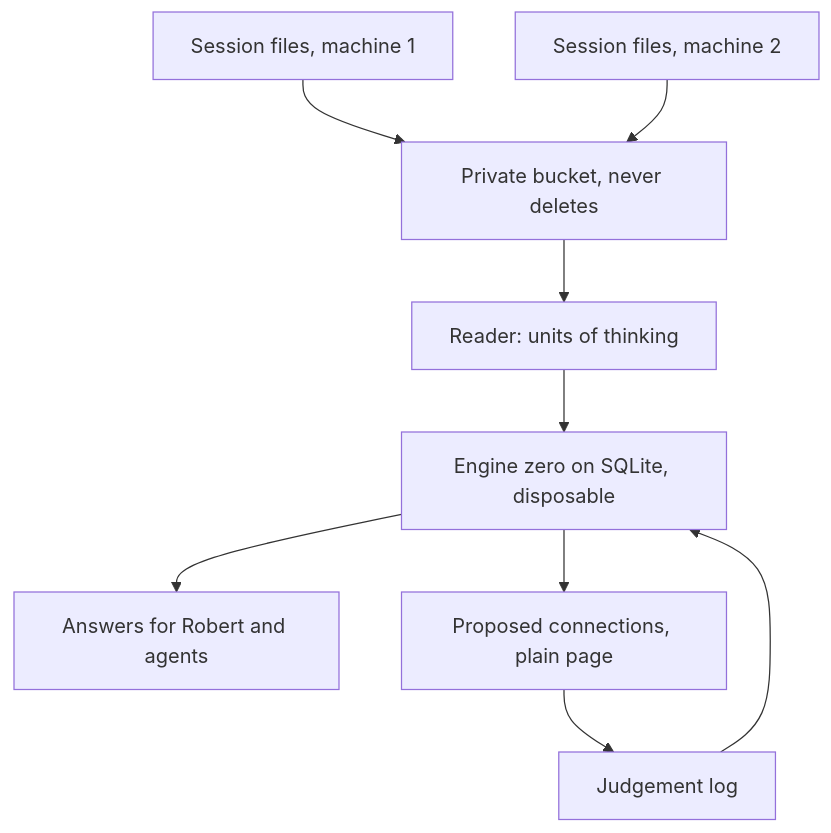
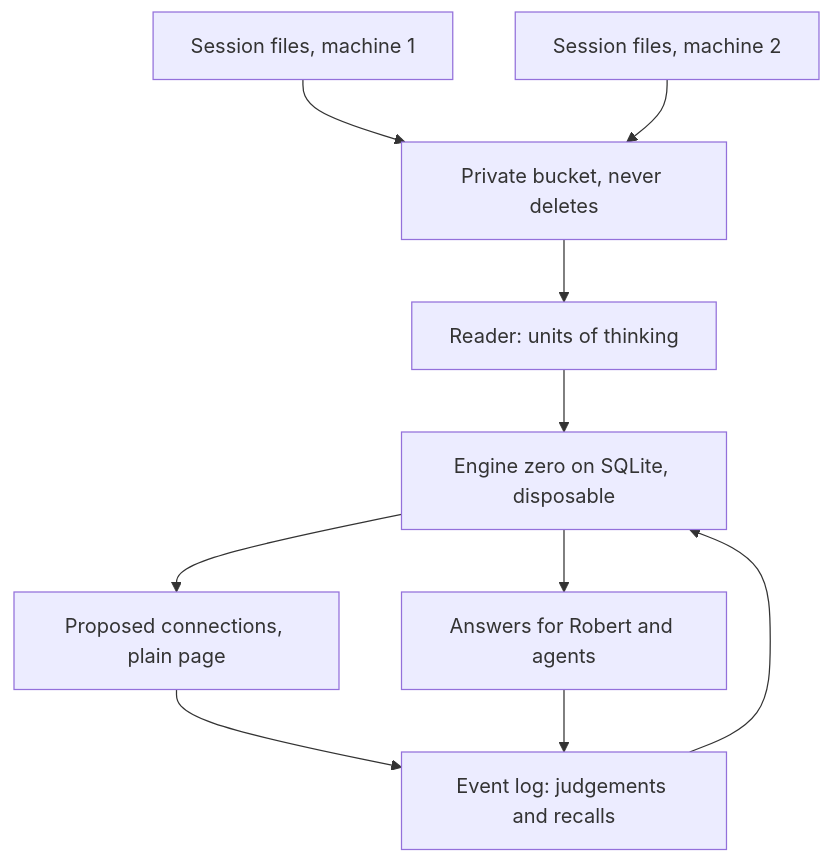
One commit to robertguss/shared-whiteboard changed the diagram in docs/plans/2026-11-16-0113-feat-engine-zero-plan.md. Above: the diagram before and after it, drawn with Mermaid. The commit also changed other lines of this file, not shown here.

Commit message:
docs: keep recall events in the outside event log (review fix)

````diff
--- a/docs/plans/2026-11-16-0113-feat-engine-zero-plan.md
+++ b/docs/plans/2026-11-16-0113-feat-engine-zero-plan.md
@@ -100,11 +100,12 @@
 ```mermaid
 flowchart TB
   M1[Session files, machine 1] --> B[Private bucket, never deletes]
   M2[Session files, machine 2] --> B
   B --> R[Reader: units of thinking]
-  J[Judgement log] --> E
+  J[Event log: judgements and recalls] --> E
   R --> E[Engine zero on SQLite, disposable]
   E --> Q[Answers for Robert and agents]
   E --> P[Proposed connections, plain page]
   P --> J
+  Q --> J
 ```
````
